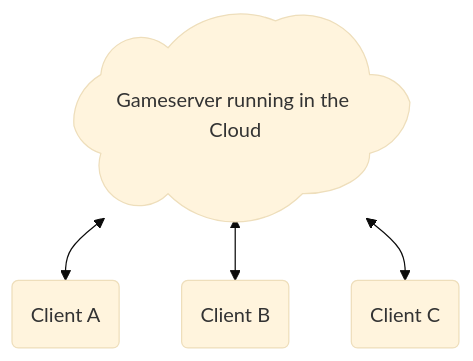
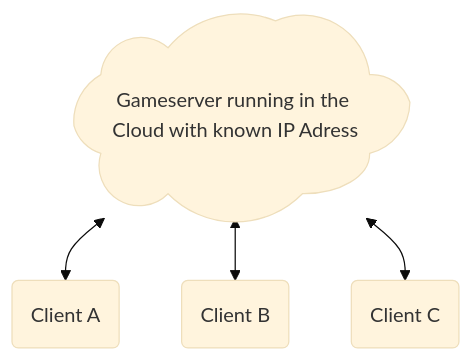
The third of 3 diagrams in webrtc/webrtc-for-you.md (LobbyLink/docs), drawn with Mermaid (base theme) before and after one commit. The commit also changed other lines of this file and 14 other files, not shown here.

````diff
--- a/webrtc/webrtc-for-you.md
+++ b/webrtc/webrtc-for-you.md
@@ -13,8 +70,8 @@
 ```mermaid
 flowchart TD
-GS@{ label: Gameserver running in the Cloud, shape: cloud }
+GS@{ label: Gameserver running in the Cloud with known IP Adress, shape: cloud }
 
 GS <--> A(Client A)
 GS <--> B(Client B)
 GS <--> C(Client C)
 ```
````
